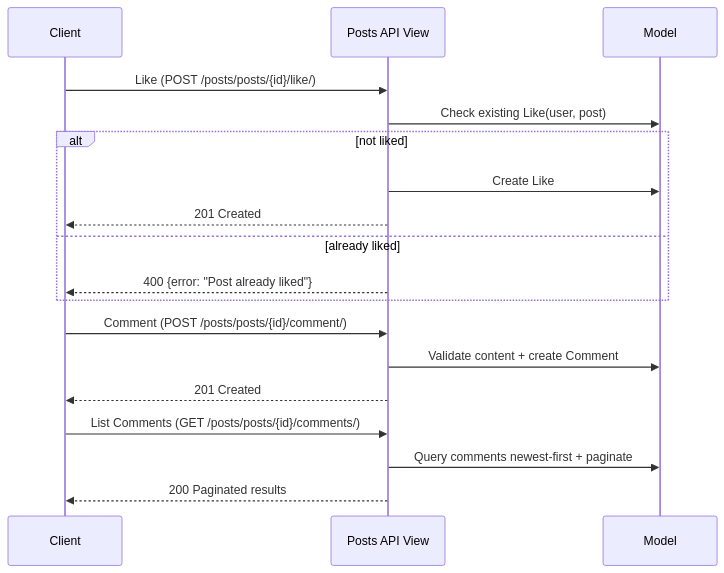
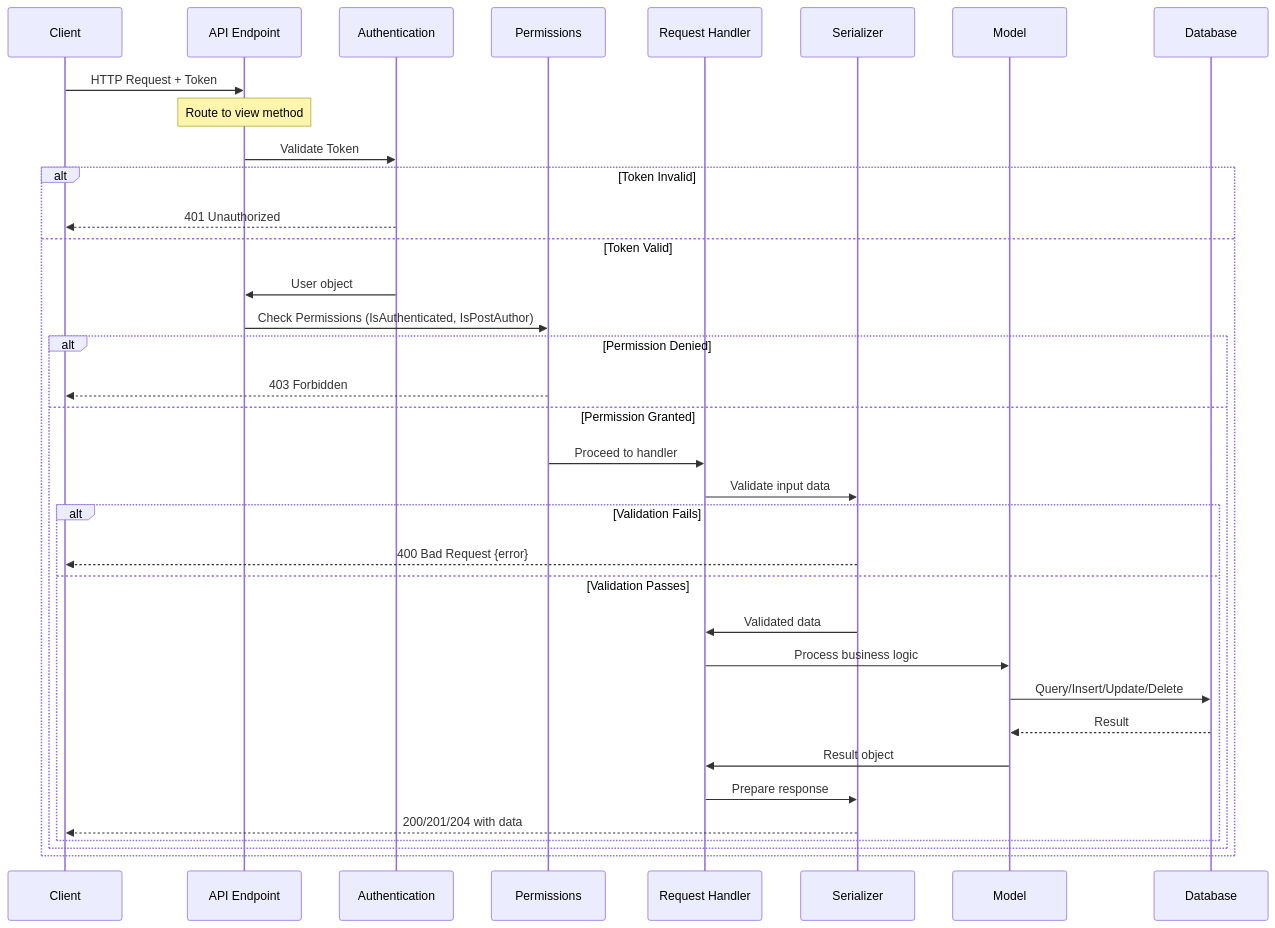
The fourth of 5 diagrams in README.md (ShakiraCasusi/Connectly), drawn with Mermaid before and after one commit. The commit also changed other lines of this file, not shown here.

Commit message:
Refactor README to enhance clarity and structure, update core features and API endpoints

````diff
--- a/README.md
+++ b/README.md
@@ -521,23 +233,41 @@
 ```mermaid
 sequenceDiagram
-  participant C as Client
-  participant V as Posts API View
-  participant M as Model
+    participant Client as Client
+    participant Endpoint as API Endpoint
+    participant Auth as Authentication
+    participant Perms as Permissions
+    participant Handler as Request Handler
+    participant Serializer as Serializer
+    participant Model as Model
+    participant DB as Database
 
-  C->>V: Like (POST /posts/posts/{id}/like/)
-  V->>M: Check existing Like(user, post)
-  alt not liked
-    V->>M: Create Like
-    V-->>C: 201 Created
-  else already liked
-    V-->>C: 400 {error: "Post already liked"}
-  end
+    Client->>Endpoint: HTTP Request + Token
+    Note over Endpoint: Route to view method
 
-  C->>V: Comment (POST /posts/posts/{id}/comment/)
-  V->>M: Validate content + create Comment
-  V-->>C: 201 Created
-
-  C->>V: List Comments (GET /posts/posts/{id}/comments/)
-  V->>M: Query comments newest-first + paginate
-  V-->>C: 200 Paginated results
+    Endpoint->>Auth: Validate Token
+    alt Token Invalid
+        Auth-->>Client: 401 Unauthorized
+    else Token Valid
+        Auth->>Endpoint: User object
+        Endpoint->>Perms: Check Permissions (IsAuthenticated, IsPostAuthor)
+        
+        alt Permission Denied
+            Perms-->>Client: 403 Forbidden
+        else Permission Granted
+            Perms->>Handler: Proceed to handler
+            Handler->>Serializer: Validate input data
+            
+            alt Validation Fails
+                Serializer-->>Client: 400 Bad Request {error}
+            else Validation Passes
+                Serializer->>Handler: Validated data
+                Handler->>Model: Process business logic
+                Model->>DB: Query/Insert/Update/Delete
+                DB-->>Model: Result
+                Model->>Handler: Result object
+                Handler->>Serializer: Prepare response
+                Serializer-->>Client: 200/201/204 with data
+            end
+        end
+    end
 ```
````
